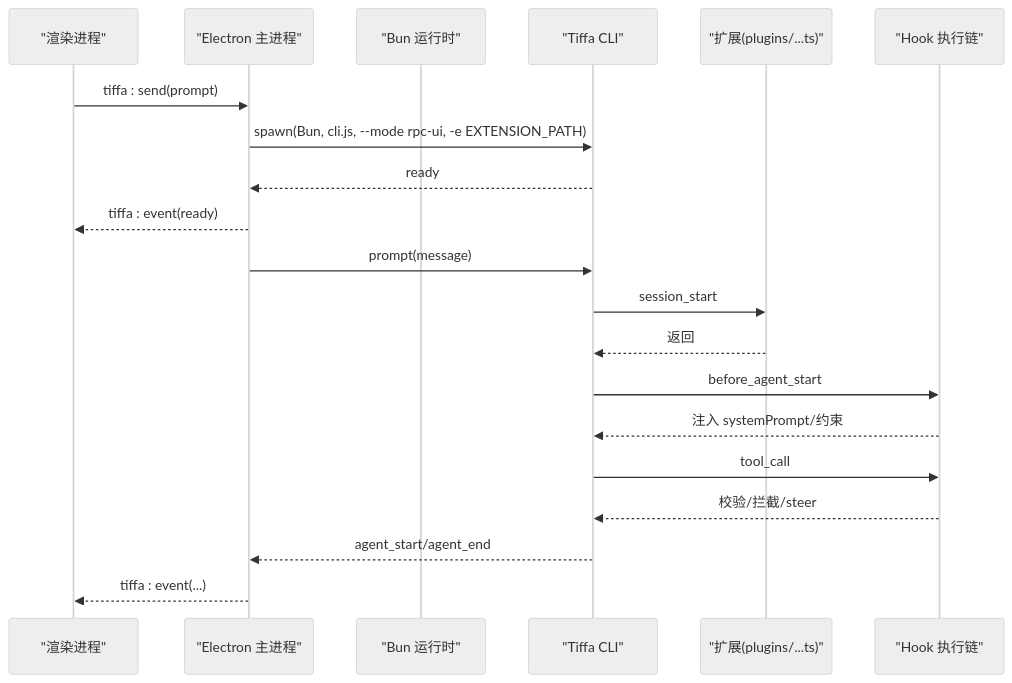
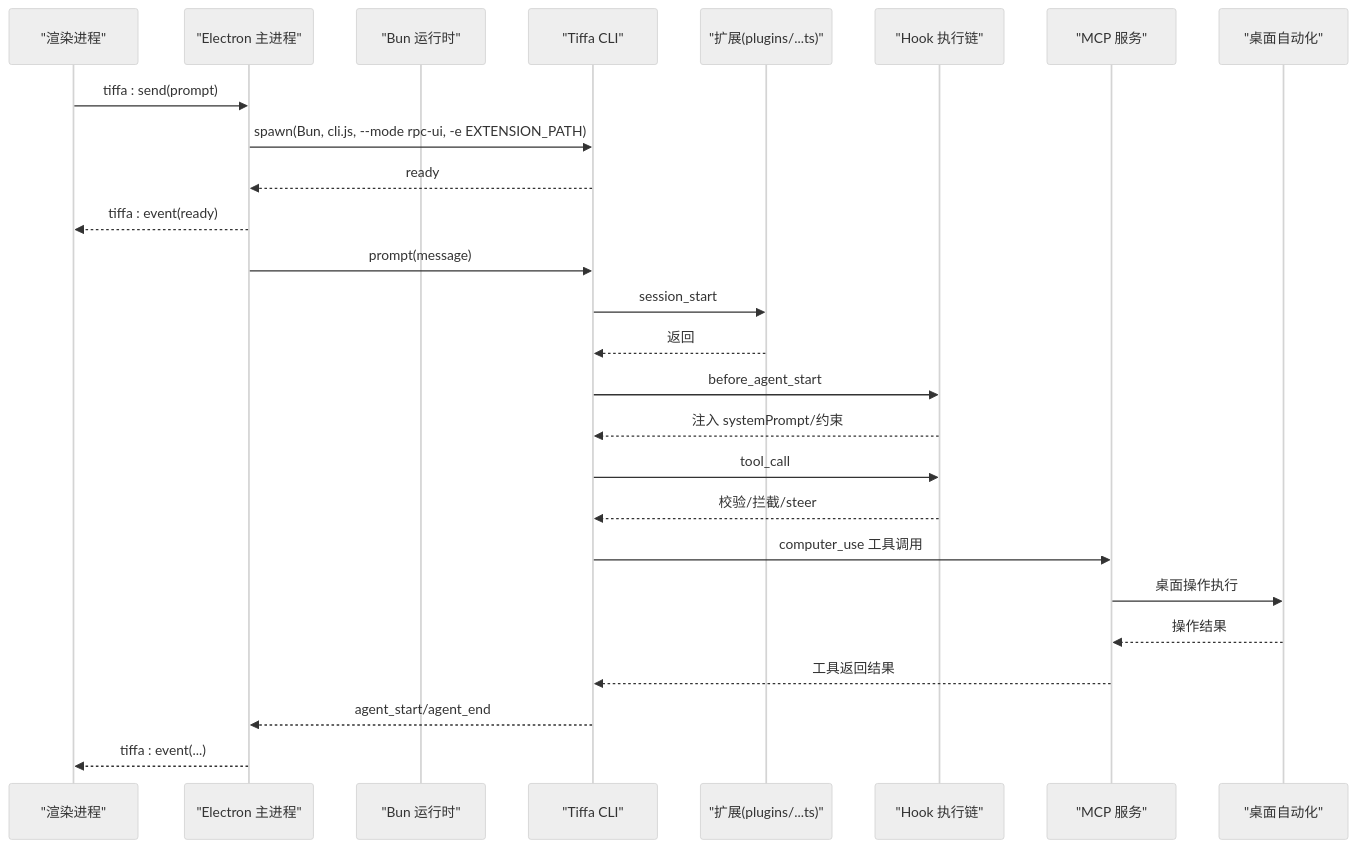
Before and after one commit to swond-Mao/Tiffa: the second of 8 diagrams in .qoder/repowiki/zh/content/扩展开发/扩展开发.md, drawn with Mermaid (neutral theme). The commit also changed other lines of this file and 22 other files, not shown here.

````diff
--- a/.qoder/repowiki/zh/content/扩展开发/扩展开发.md
+++ b/.qoder/repowiki/zh/content/扩展开发/扩展开发.md
@@ -74,22 +93,28 @@
 ```mermaid
 sequenceDiagram
 participant UI as "渲染进程"
 participant Main as "Electron 主进程"
 participant Bun as "Bun 运行时"
 participant CLI as "Tiffa CLI"
 participant Ext as "扩展(plugins/...ts)"
 participant Hooks as "Hook 执行链"
+participant MCP as "MCP 服务"
+participant Desktop as "桌面自动化"
 UI->>Main : tiffa : send(prompt)
 Main->>CLI : spawn(Bun, cli.js, --mode rpc-ui, -e EXTENSION_PATH)
 CLI-->>Main : ready
 Main-->>UI : tiffa : event(ready)
 Main->>CLI : prompt(message)
 CLI->>Ext : session_start
 Ext-->>CLI : 返回
 CLI->>Hooks : before_agent_start
 Hooks-->>CLI : 注入 systemPrompt/约束
 CLI->>Hooks : tool_call
 Hooks-->>CLI : 校验/拦截/steer
+CLI->>MCP : computer_use 工具调用
+MCP->>Desktop : 桌面操作执行
+Desktop-->>MCP : 操作结果
+MCP-->>CLI : 工具返回结果
 CLI-->>Main : agent_start/agent_end
 Main-->>UI : tiffa : event(...)
 ```
````
